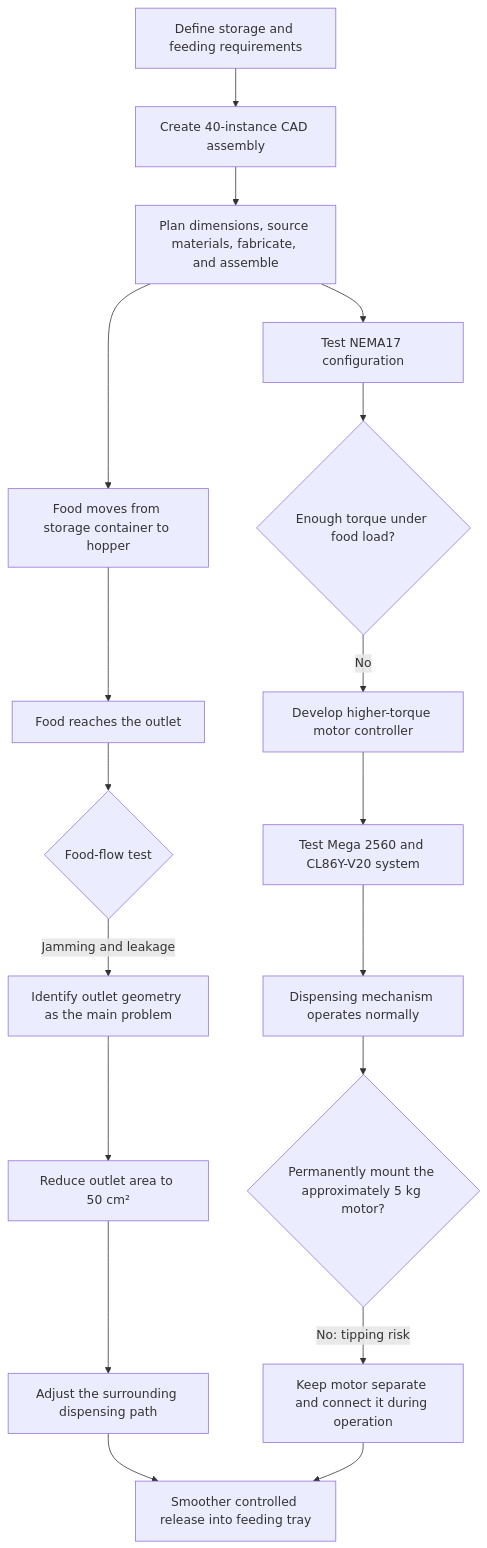
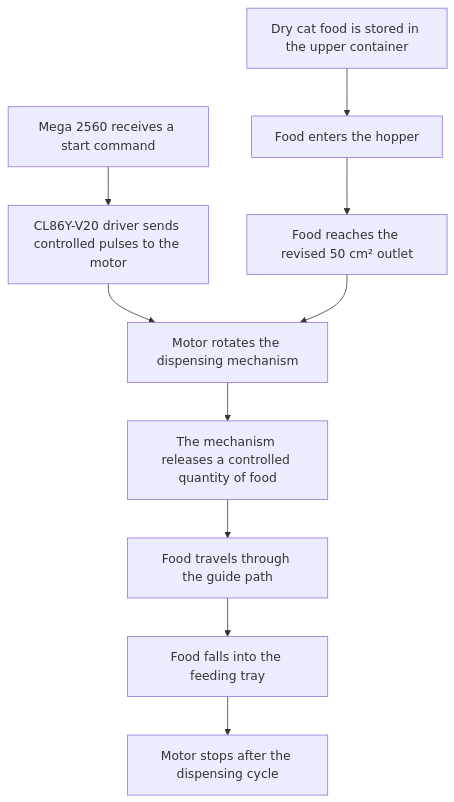
The diagram in README.md (147y111/Automatic-Cat-Feeder), drawn with Mermaid before and after one commit. The commit also changed other lines of this file and 1 other file, not shown here.

Commit message:
Show operational flow and organize project media

````diff
--- a/README.md
+++ b/README.md
@@ -27,21 +21,12 @@
 ```mermaid
 flowchart TD
-    A[Define storage and feeding requirements] --> B[Create 40-instance CAD assembly]
-    B --> C[Plan dimensions, source materials, fabricate, and assemble]
-    C --> D[Food moves from storage container to hopper]
-    D --> E[Food reaches the outlet]
-    E --> F{Food-flow test}
-    F -->|Jamming and leakage| G[Identify outlet geometry as the main problem]
-    G --> H[Reduce outlet area to 50 cm²]
-    H --> I[Adjust the surrounding dispensing path]
-    I --> J[Smoother controlled release into feeding tray]
-
-    C --> K[Test NEMA17 configuration]
-    K --> L{Enough torque under food load?}
-    L -->|No| M[Develop higher-torque motor controller]
-    M --> N[Test Mega 2560 and CL86Y-V20 system]
-    N --> O[Dispensing mechanism operates normally]
-    O --> P{Permanently mount the approximately 5 kg motor?}
-    P -->|No: tipping risk| Q[Keep motor separate and connect it during operation]
-    Q --> J
+    A[Dry cat food is stored in the upper container] --> B[Food enters the hopper]
+    B --> C[Food reaches the revised 50 cm² outlet]
+    D[Mega 2560 receives a start command] --> E[CL86Y-V20 driver sends controlled pulses to the motor]
+    E --> F[Motor rotates the dispensing mechanism]
+    C --> F
+    F --> G[The mechanism releases a controlled quantity of food]
+    G --> H[Food travels through the guide path]
+    H --> I[Food falls into the feeding tray]
+    I --> J[Motor stops after the dispensing cycle]
 ```
````
